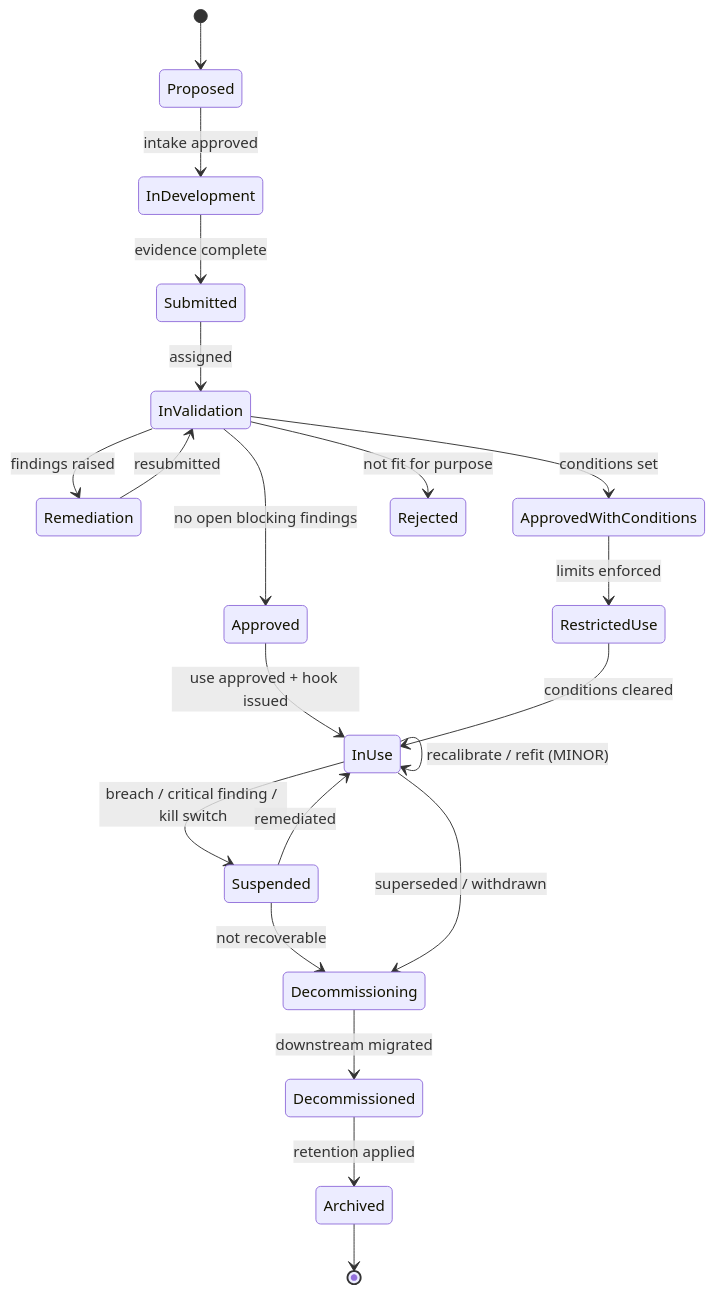
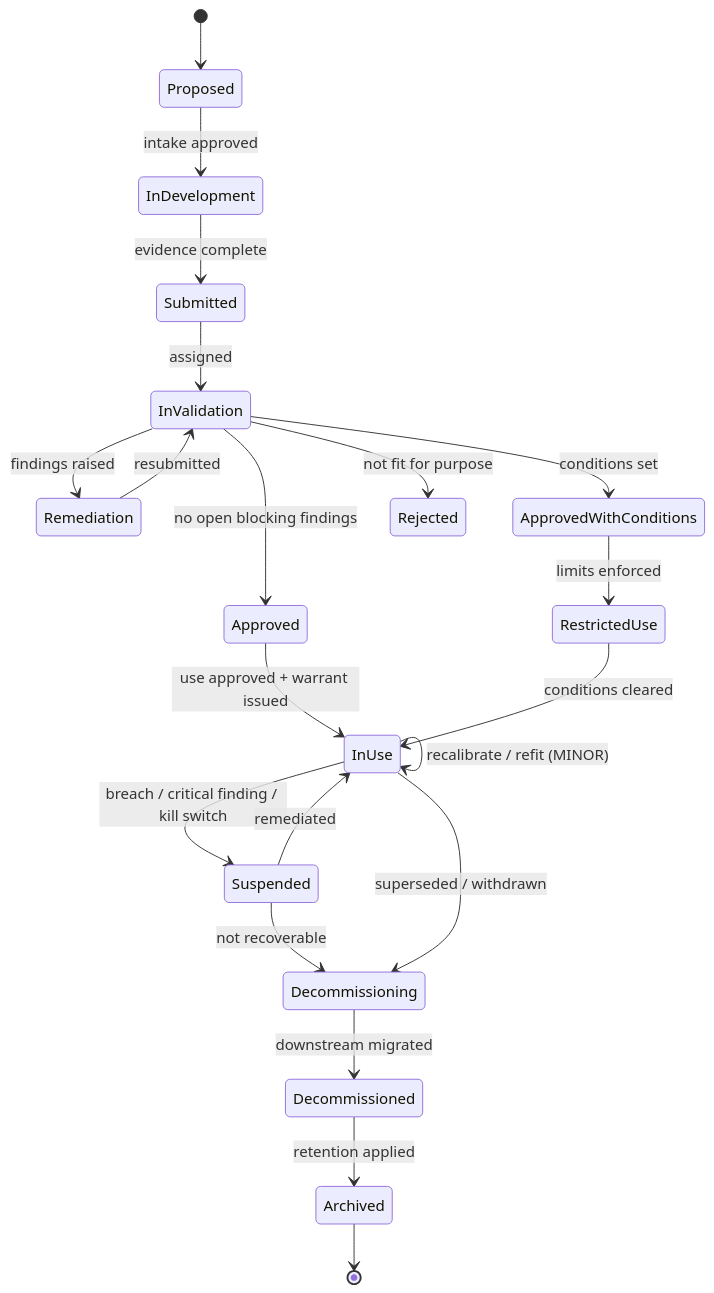
The third of 11 diagrams in docs/04-architecture.md (ajsinha/maya), drawn with Mermaid before and after one commit. The commit also changed other lines of this file and 50 other files, not shown here.

````diff
--- a/docs/04-architecture.md
+++ b/docs/04-architecture.md
@@ -382,23 +382,23 @@
 ```mermaid
 stateDiagram-v2
     [*] --> Proposed
     Proposed --> InDevelopment: intake approved
     InDevelopment --> Submitted: evidence complete
     Submitted --> InValidation: assigned
     InValidation --> Remediation: findings raised
     Remediation --> InValidation: resubmitted
     InValidation --> Approved: no open blocking findings
     InValidation --> ApprovedWithConditions: conditions set
     InValidation --> Rejected: not fit for purpose
-    Approved --> InUse: use approved + hook issued
+    Approved --> InUse: use approved + warrant issued
     ApprovedWithConditions --> RestrictedUse: limits enforced
     RestrictedUse --> InUse: conditions cleared
     InUse --> InUse: recalibrate / refit (MINOR)
     InUse --> Suspended: breach / critical finding / kill switch
     Suspended --> InUse: remediated
     Suspended --> Decommissioning: not recoverable
     InUse --> Decommissioning: superseded / withdrawn
     Decommissioning --> Decommissioned: downstream migrated
     Decommissioned --> Archived: retention applied
     Archived --> [*]
 ```
````
